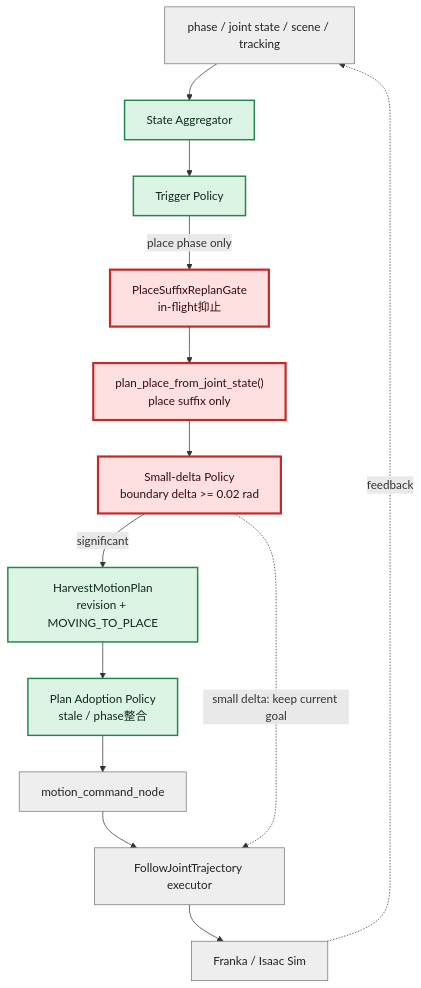
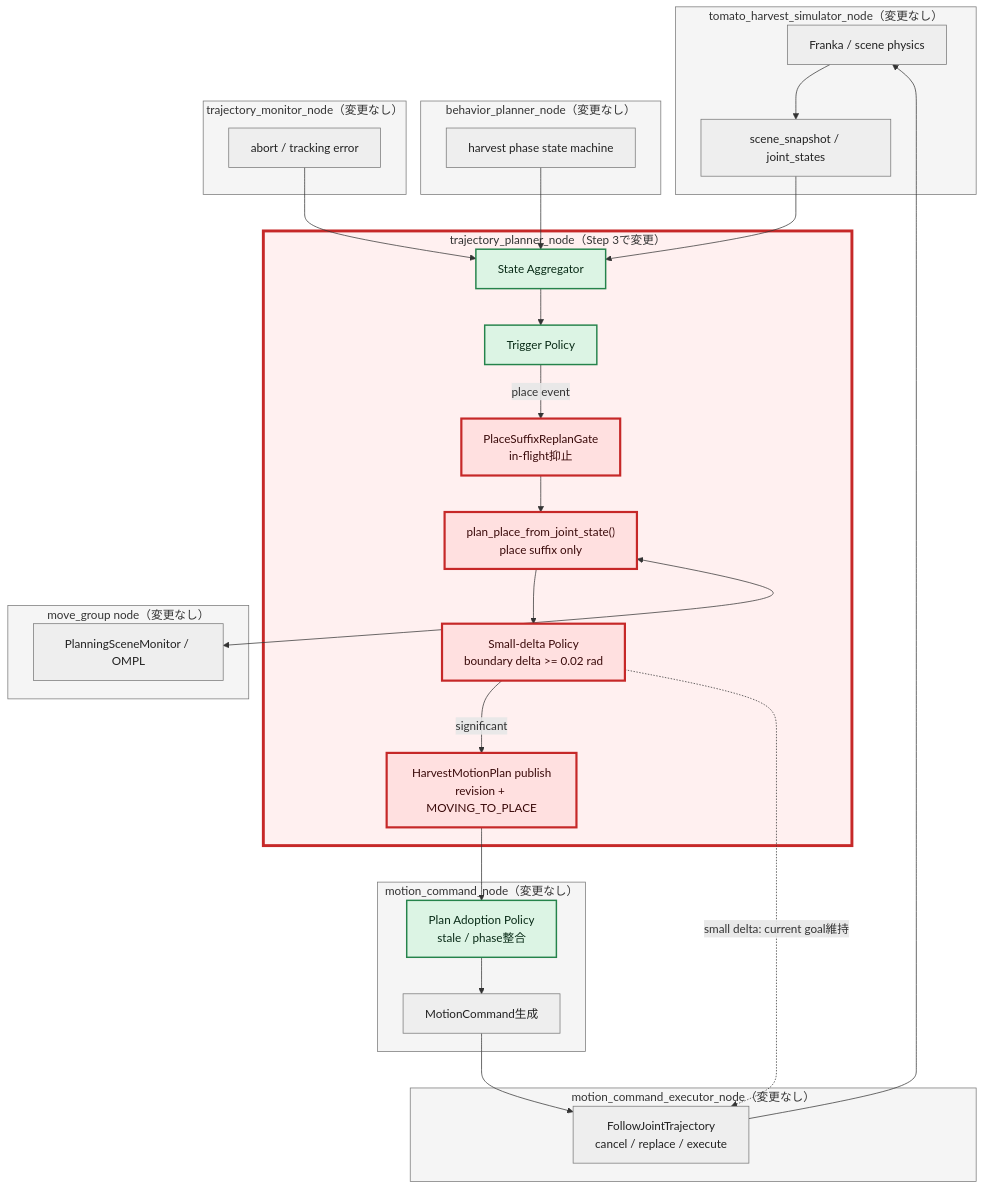
Before and after one commit to akodama428/trial_issac_sim: the first of 6 diagrams in docs/reports/moveit_replanning/step3_place_suffix_replan_report.md, drawn with Mermaid. The commit also changed other lines of this file, not shown here.

Commit message:
Clarify Step 3 validation purpose and architecture

````diff
--- a/docs/reports/moveit_replanning/step3_place_suffix_replan_report.md
+++ b/docs/reports/moveit_replanning/step3_place_suffix_replan_report.md
@@ -15,27 +39,63 @@
 ```mermaid
 flowchart TB
-  Input["phase / joint state / scene / tracking"]
-  Agg["State Aggregator"]
-  Trigger["Trigger Policy"]
-  Gate["PlaceSuffixReplanGate<br/>in-flight抑止"]
-  Suffix["plan_place_from_joint_state()<br/>place suffix only"]
-  Delta["Small-delta Policy<br/>boundary delta >= 0.02 rad"]
-  Contract["HarvestMotionPlan<br/>revision + MOVING_TO_PLACE"]
-  Adoption["Plan Adoption Policy<br/>stale / phase整合"]
-  Command["motion_command_node"]
-  Executor["FollowJointTrajectory executor"]
-  Robot["Franka / Isaac Sim"]
+  subgraph SimNode["tomato_harvest_simulator_node（変更なし）"]
+    Robot["Franka / scene physics"]
+    SceneOut["scene_snapshot / joint_states"]
+    Robot --> SceneOut
+  end
 
-  Input --> Agg --> Trigger
-  Trigger -->|place phase only| Gate --> Suffix --> Delta
-  Delta -->|significant| Contract --> Adoption --> Command --> Executor --> Robot
-  Delta -. "small delta: keep current goal" .-> Executor
-  Robot -. feedback .-> Input
+  subgraph BehaviorNode["behavior_planner_node（変更なし）"]
+    Phase["harvest phase state machine"]
+  end
+
+  subgraph MonitorNode["trajectory_monitor_node（変更なし）"]
+    Tracking["abort / tracking error"]
+  end
+
+  subgraph PlannerNode["trajectory_planner_node（Step 3で変更）"]
+    Agg["State Aggregator"]
+    Trigger["Trigger Policy"]
+    Gate["PlaceSuffixReplanGate<br/>in-flight抑止"]
+    Suffix["plan_place_from_joint_state()<br/>place suffix only"]
+    Delta["Small-delta Policy<br/>boundary delta >= 0.02 rad"]
+    Publish["HarvestMotionPlan publish<br/>revision + MOVING_TO_PLACE"]
+    Agg --> Trigger -->|place event| Gate --> Suffix --> Delta
+    Delta -->|significant| Publish
+  end
+
+  subgraph MoveGroupNode["move_group node（変更なし）"]
+    MoveIt["PlanningSceneMonitor / OMPL"]
+  end
+
+  subgraph CommandNode["motion_command_node（変更なし）"]
+    Adoption["Plan Adoption Policy<br/>stale / phase整合"]
+    Command["MotionCommand生成"]
+    Adoption --> Command
+  end
+
+  subgraph ExecutorNode["motion_command_executor_node（変更なし）"]
+    Executor["FollowJointTrajectory<br/>cancel / replace / execute"]
+  end
+
+  SceneOut --> Agg
+  Phase --> Agg
+  Tracking --> Agg
+  Suffix <--> MoveIt
+  Publish --> Adoption
+  Command --> Executor --> Robot
+  Delta -. "small delta: current goal維持" .-> Executor
 
   classDef changed fill:#ffe0e0,stroke:#c62828,stroke-width:3px,color:#3a0a0a;
   classDef established fill:#dcf4e4,stroke:#25834b,stroke-width:2px,color:#092b17;
   classDef unchanged fill:#eeeeee,stroke:#777,color:#222;
-  class Gate,Suffix,Delta changed;
-  class Agg,Trigger,Contract,Adoption established;
-  class Input,Command,Executor,Robot unchanged;
+  class Gate,Suffix,Delta,Publish changed;
+  class Agg,Trigger,Adoption established;
+  class Phase,Tracking,MoveIt,Command,Executor,Robot,SceneOut unchanged;
+  style PlannerNode fill:#fff0f0,stroke:#c62828,stroke-width:4px;
+  style SimNode fill:#f5f5f5,stroke:#777;
+  style BehaviorNode fill:#f5f5f5,stroke:#777;
+  style MonitorNode fill:#f5f5f5,stroke:#777;
+  style MoveGroupNode fill:#f5f5f5,stroke:#777;
+  style CommandNode fill:#f5f5f5,stroke:#777;
+  style ExecutorNode fill:#f5f5f5,stroke:#777;
 ```
````
